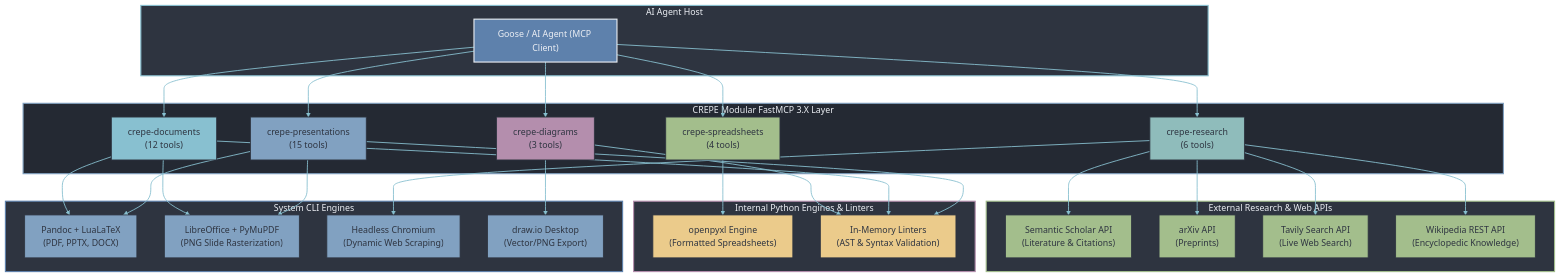
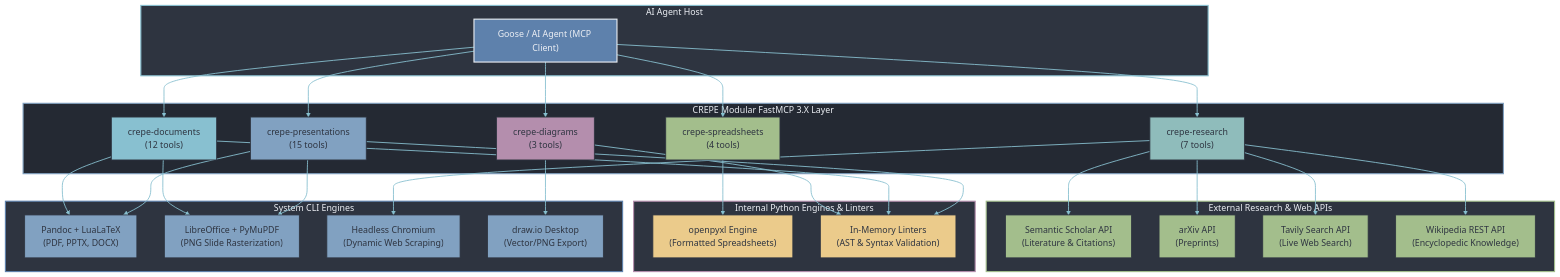
The diagram in README.md (mariolpantunes/crepe-mcp), drawn with Mermaid before and after one commit. The commit also changed other lines of this file and 8 other files, not shown here.

First line of the commit message:
feat(research): add openalex_search (venue, year, DOI, citations), 7 tools

```diff
--- a/README.md
+++ b/README.md
@@ -21,7 +21,7 @@
     subgraph FastMCPLayer["CREPE Modular FastMCP 3.X Layer"]
         Pres["crepe-presentations<br/>(15 tools)"]
         Docs["crepe-documents<br/>(12 tools)"]
-        Research["crepe-research<br/>(6 tools)"]
+        Research["crepe-research<br/>(7 tools)"]
         Sheets["crepe-spreadsheets<br/>(4 tools)"]
         Diagrams["crepe-diagrams<br/>(3 tools)"]
     end
```
